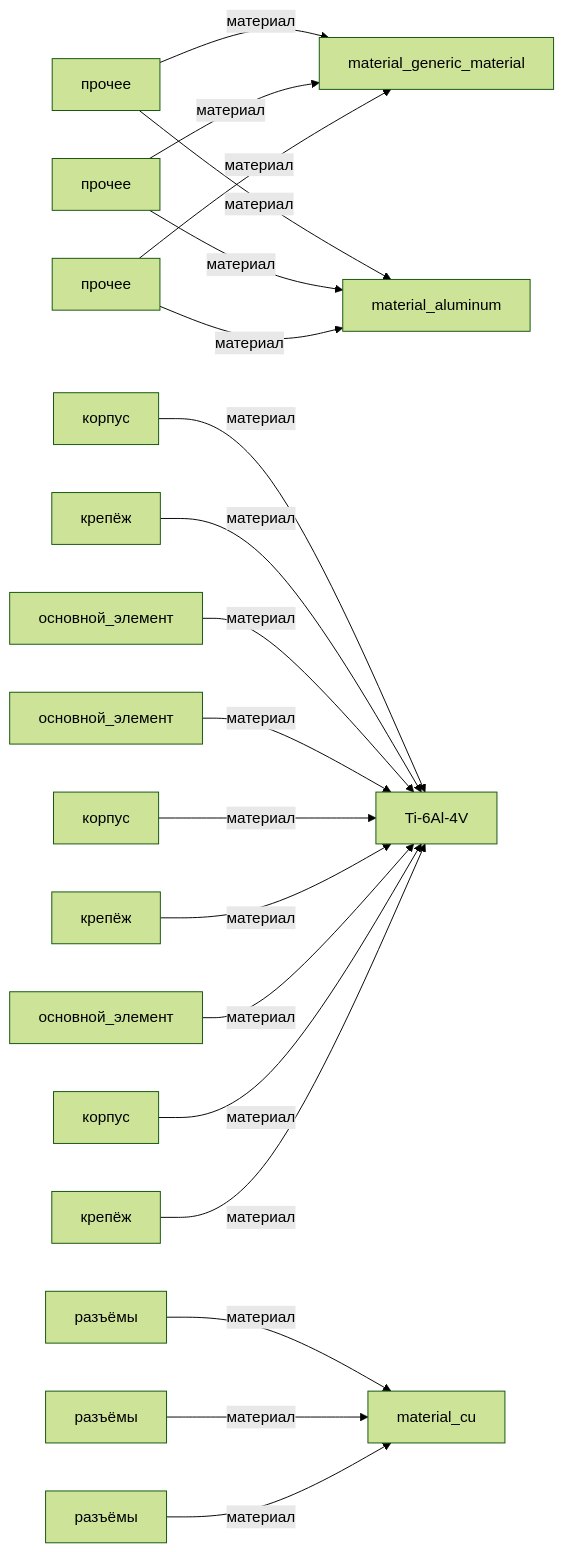
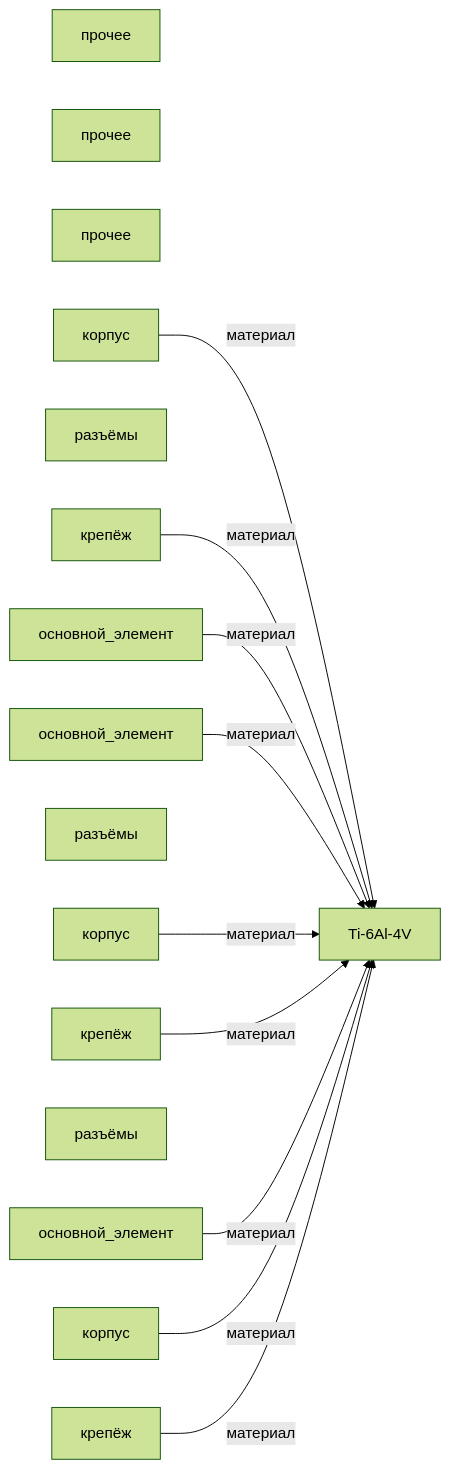
The diagram in graphs/mermaid/graph1_система_охлаждения.md (a-m-e-n-t-e-t/SkyNet), drawn with Mermaid (forest theme) before and after one commit. The commit also changed other lines of this file and 193 other files, not shown here.

First line of the commit message:
fix(graphs): uses_material матчинг, researched_by для изделий, dangling-фильтр, YAML-фиксы

````diff
--- a/graphs/mermaid/graph1_система_охлаждения.md
+++ b/graphs/mermaid/graph1_система_охлаждения.md
@@ -3,37 +3,28 @@
 ```mermaid
 graph LR
     izdelie_loop_heat_pipe[прочее]
     izdelie_kapillyarnaya_teplovaya_trubka[прочее]
     izdelie_mikrokanalnye_ohlazhdayuschie_plastiny[прочее]
     часть_loop_heat_pipe_housing[корпус]
     часть_loop_heat_pipe_connectors[разъёмы]
     часть_loop_heat_pipe_mounting[крепёж]
     часть_loop_heat_pipe_core[основной_элемент]
     часть_kapillyarnaya_teplovaya_trubka_core[основной_элемент]
     часть_kapillyarnaya_teplovaya_trubka_connectors[разъёмы]
     часть_kapillyarnaya_teplovaya_trubka_housing[корпус]
     часть_kapillyarnaya_teplovaya_trubka_mounting[крепёж]
     часть_mikrokanalnye_ohlazhdayuschie_plastiny_connectors[разъёмы]
     часть_mikrokanalnye_ohlazhdayuschie_plastiny_core[основной_элемент]
     часть_mikrokanalnye_ohlazhdayuschie_plastiny_housing[корпус]
     часть_mikrokanalnye_ohlazhdayuschie_plastiny_mounting[крепёж]
     material_ti_6al_4v[Ti-6Al-4V]
-    izdelie_loop_heat_pipe -->|материал| material_generic_material
-    izdelie_loop_heat_pipe -->|материал| material_aluminum
-    izdelie_kapillyarnaya_teplovaya_trubka -->|материал| material_generic_material
-    izdelie_kapillyarnaya_teplovaya_trubka -->|материал| material_aluminum
-    izdelie_mikrokanalnye_ohlazhdayuschie_plastiny -->|материал| material_generic_material
-    izdelie_mikrokanalnye_ohlazhdayuschie_plastiny -->|материал| material_aluminum
     часть_loop_heat_pipe_housing -->|материал| material_ti_6al_4v
-    часть_loop_heat_pipe_connectors -->|материал| material_cu
     часть_loop_heat_pipe_mounting -->|материал| material_ti_6al_4v
     часть_loop_heat_pipe_core -->|материал| material_ti_6al_4v
     часть_kapillyarnaya_teplovaya_trubka_core -->|материал| material_ti_6al_4v
-    часть_kapillyarnaya_teplovaya_trubka_connectors -->|материал| material_cu
     часть_kapillyarnaya_teplovaya_trubka_housing -->|материал| material_ti_6al_4v
     часть_kapillyarnaya_teplovaya_trubka_mounting -->|материал| material_ti_6al_4v
-    часть_mikrokanalnye_ohlazhdayuschie_plastiny_connectors -->|материал| material_cu
     часть_mikrokanalnye_ohlazhdayuschie_plastiny_core -->|материал| material_ti_6al_4v
     часть_mikrokanalnye_ohlazhdayuschie_plastiny_housing -->|материал| material_ti_6al_4v
     часть_mikrokanalnye_ohlazhdayuschie_plastiny_mounting -->|материал| material_ti_6al_4v
 ```
````
